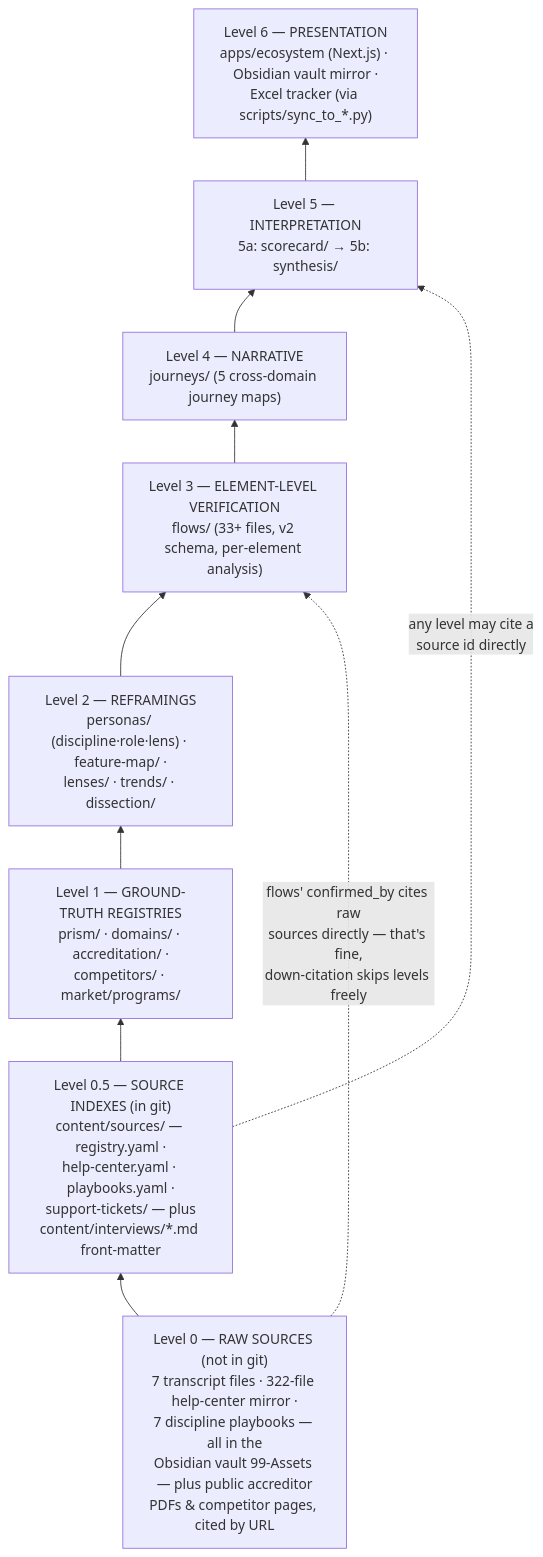
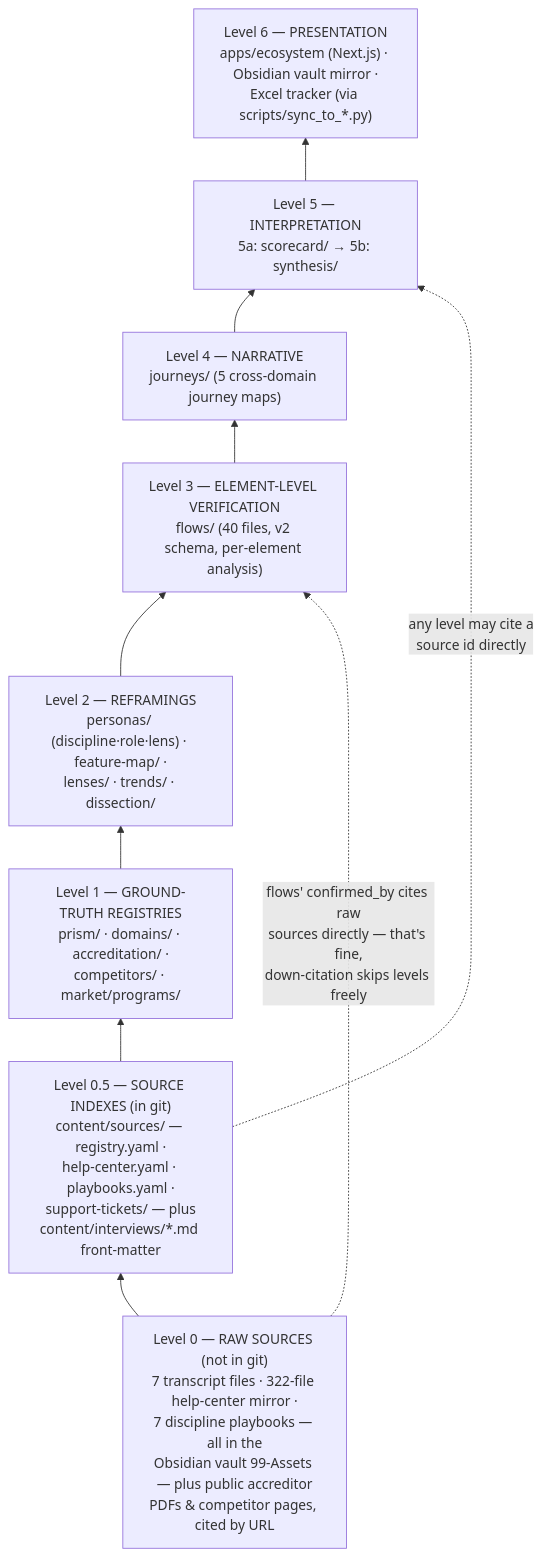
One commit to soleyromit/rr-emerging-domains changed the diagram in content/ARCHITECTURE.md. Above: the diagram before and after it, drawn with Mermaid. The commit also changed other lines of this file, not shown here.

First line of the commit message:
Fix ARCHITECTURE.md accuracy findings from Task 6.3 review (doc text only)

````diff
--- a/content/ARCHITECTURE.md
+++ b/content/ARCHITECTURE.md
@@ -50,14 +50,14 @@
 ```mermaid
 flowchart BT
     L0["Level 0 — RAW SOURCES (not in git)\n7 transcript files · 322-file help-center mirror ·\n7 discipline playbooks — all in the\nObsidian vault 99-Assets — plus public accreditor\nPDFs & competitor pages, cited by URL"]
     L05["Level 0.5 — SOURCE INDEXES (in git)\ncontent/sources/ — registry.yaml ·\nhelp-center.yaml · playbooks.yaml ·\nsupport-tickets/ — plus\ncontent/interviews/*.md front-matter"]
     L1["Level 1 — GROUND-TRUTH REGISTRIES\nprism/ · domains/ · accreditation/ ·\ncompetitors/ · market/programs/"]
     L2["Level 2 — REFRAMINGS\npersonas/ (discipline·role·lens) · feature-map/ ·\nlenses/ · trends/ · dissection/"]
-    L3["Level 3 — ELEMENT-LEVEL VERIFICATION\nflows/ (33+ files, v2 schema, per-element analysis)"]
+    L3["Level 3 — ELEMENT-LEVEL VERIFICATION\nflows/ (40 files, v2 schema, per-element analysis)"]
     L4["Level 4 — NARRATIVE\njourneys/ (5 cross-domain journey maps)"]
     L5["Level 5 — INTERPRETATION\n5a: scorecard/ → 5b: synthesis/"]
     L6["Level 6 — PRESENTATION\napps/ecosystem (Next.js) · Obsidian vault mirror ·\nExcel tracker (via scripts/sync_to_*.py)"]
     L0 --> L05 --> L1 --> L2 --> L3 --> L4 --> L5 --> L6
     L0 -.->|"flows' confirmed_by cites raw\nsources directly — that's fine,\ndown-citation skips levels freely"| L3
     L05 -.->|"any level may cite a\nsource id directly"| L5
 ```
````
